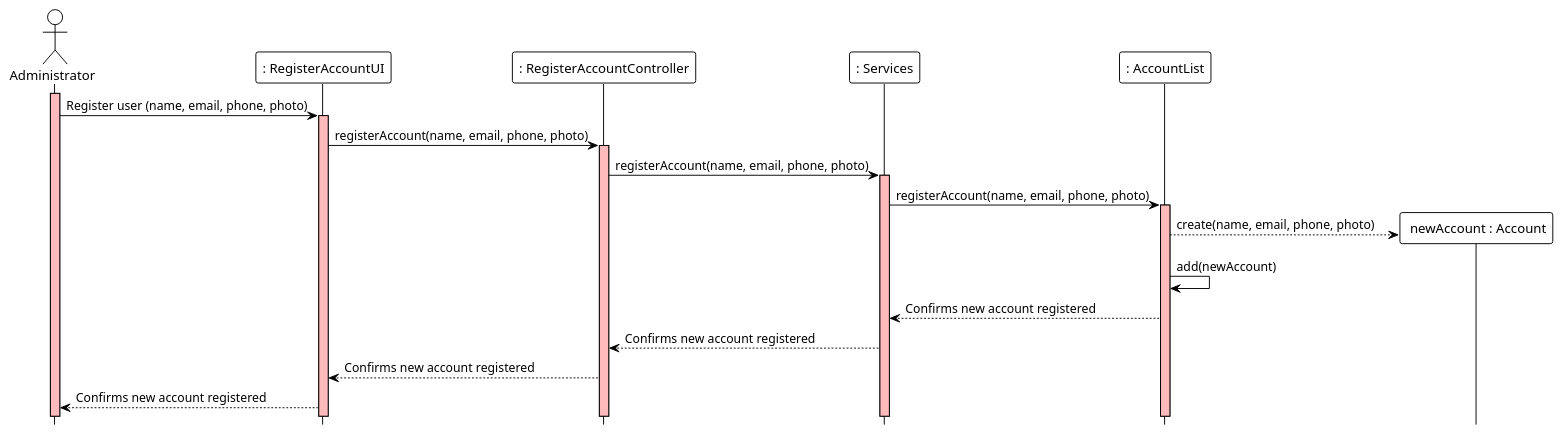
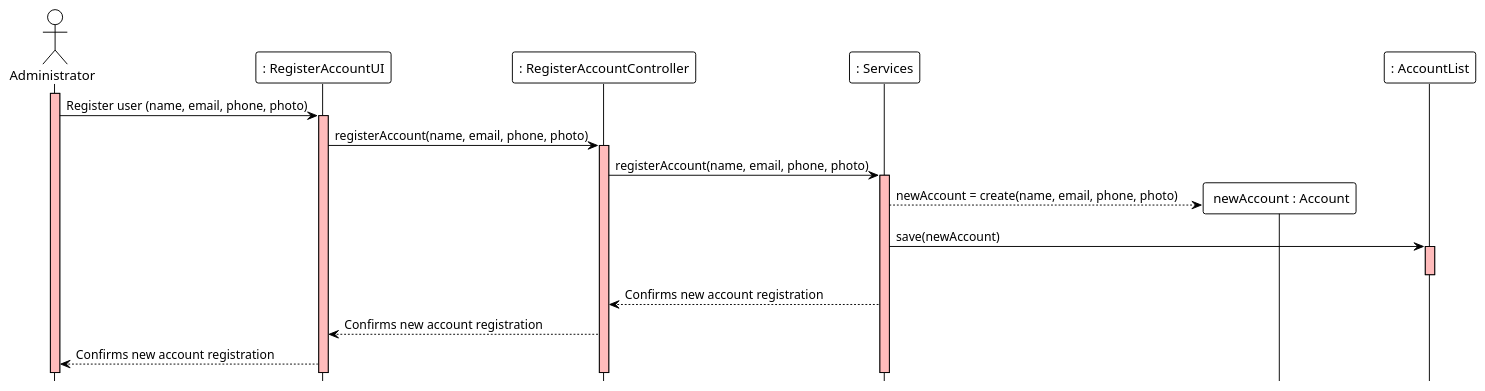
Before and after one commit to ivo-menezes/project_g3: the diagram in docs/modelling_design/user_stories/us002/US002_RegisterUserSD.puml, drawn with PlantUML. The commit also changed 2 other files, not shown here.

```diff
--- a/docs/modelling_design/user_stories/us002/US002_RegisterUserSD.puml
+++ b/docs/modelling_design/user_stories/us002/US002_RegisterUserSD.puml
@@ -1,27 +1,31 @@
 @startuml
 !theme plain
 hide footbox
 actor Administrator  as Administrator
 participant ": RegisterAccountUI" as UI
 participant ": RegisterAccountController" as Controller
 participant ": Services" as Services
+participant " newAccount : Account"
 participant ": AccountList" as List
 
 activate Administrator #FFBBBB
 Administrator ->  UI : Register user (name, email, phone, photo)
 activate UI #FFBBBB
 UI -> Controller : registerAccount(name, email, phone, photo)
 activate Controller #FFBBBB
 Controller -> Services : registerAccount(name, email, phone, photo)
 activate Services #FFBBBB
-Services -> List : registerAccount(name, email, phone, photo)
+Services -->" newAccount : Account" ** : newAccount = create(name, email, phone, photo)
+Services -> List : save(newAccount)
+
 activate List #FFBBBB
+deactivate List
 
 'List -> List : emailExists(email)
-List -->" newAccount : Account" ** : create(name, email, phone, photo)
-List -> List : add(newAccount)
-List --> Services : Confirms new account registered
-Services --> Controller : Confirms new account registered
-Controller --> UI : Confirms new account registered
-UI --> Administrator : Confirms new account registered
+
+'List -> List : add(newAccount)
+'List --> Services : Confirms new account registration
+Services --> Controller : Confirms new account registration
+Controller --> UI : Confirms new account registration
+UI --> Administrator : Confirms new account registration
 @enduml
```
